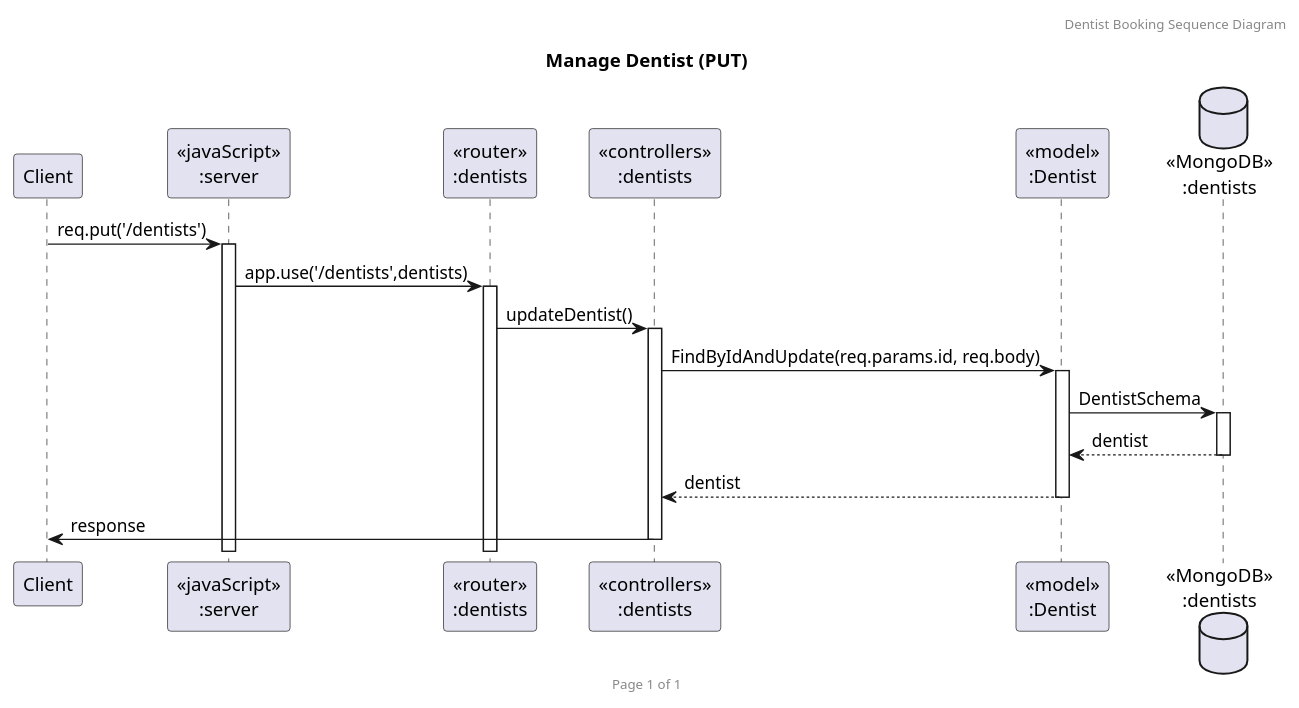
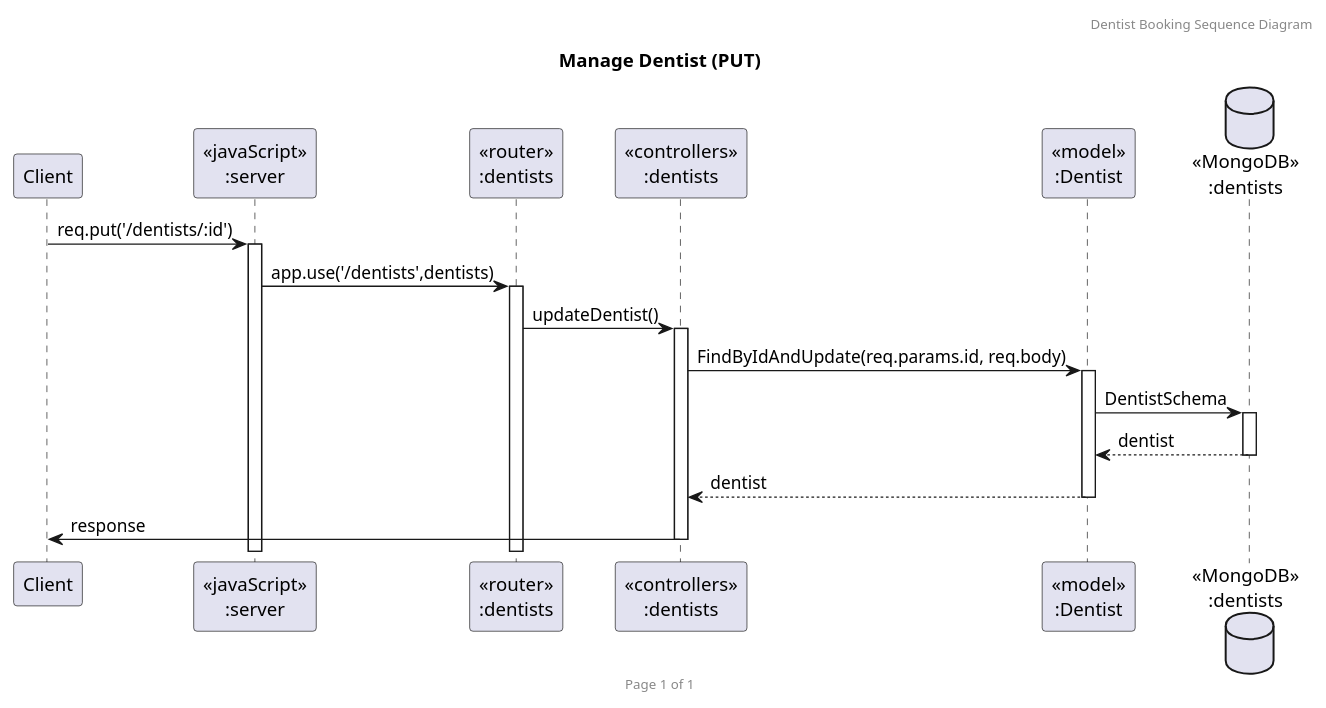
One commit to KoalaMuch/DentistBooking changed the diagram in doc/sequence_diagram/UpdateDentist.puml. Above: the diagram before and after it, drawn with PlantUML. The commit also changed 7 other files, not shown here.

Commit message:
add appointment seq diagram

```diff
--- a/doc/sequence_diagram/UpdateDentist.puml
+++ b/doc/sequence_diagram/UpdateDentist.puml
@@ -1,23 +1,23 @@
 @startuml Manage Dentist (PUT)
 
 header Dentist Booking Sequence Diagram
 footer Page %page% of %lastpage%
 title "Manage Dentist (PUT)"
 
 participant "Client" as client
 participant "<<javaScript>>\n:server" as server
 participant "<<router>>\n:dentists" as routerDentists
 participant "<<controllers>>\n:dentists" as controllersDentists
 participant "<<model>>\n:Dentist" as modelDentist
 database "<<MongoDB>>\n:dentists" as DentistsDatabase
 
-client->server ++:req.put('/dentists')
+client->server ++:req.put('/dentists/:id')
 server->routerDentists ++:app.use('/dentists',dentists)
 routerDentists -> controllersDentists ++:updateDentist()
 controllersDentists->modelDentist ++:FindByIdAndUpdate(req.params.id, req.body)
 modelDentist ->DentistsDatabase ++: DentistSchema
 DentistsDatabase --> modelDentist --: dentist
 controllersDentists <-- modelDentist --:dentist
 controllersDentists->client --:response
 
 @enduml
```
